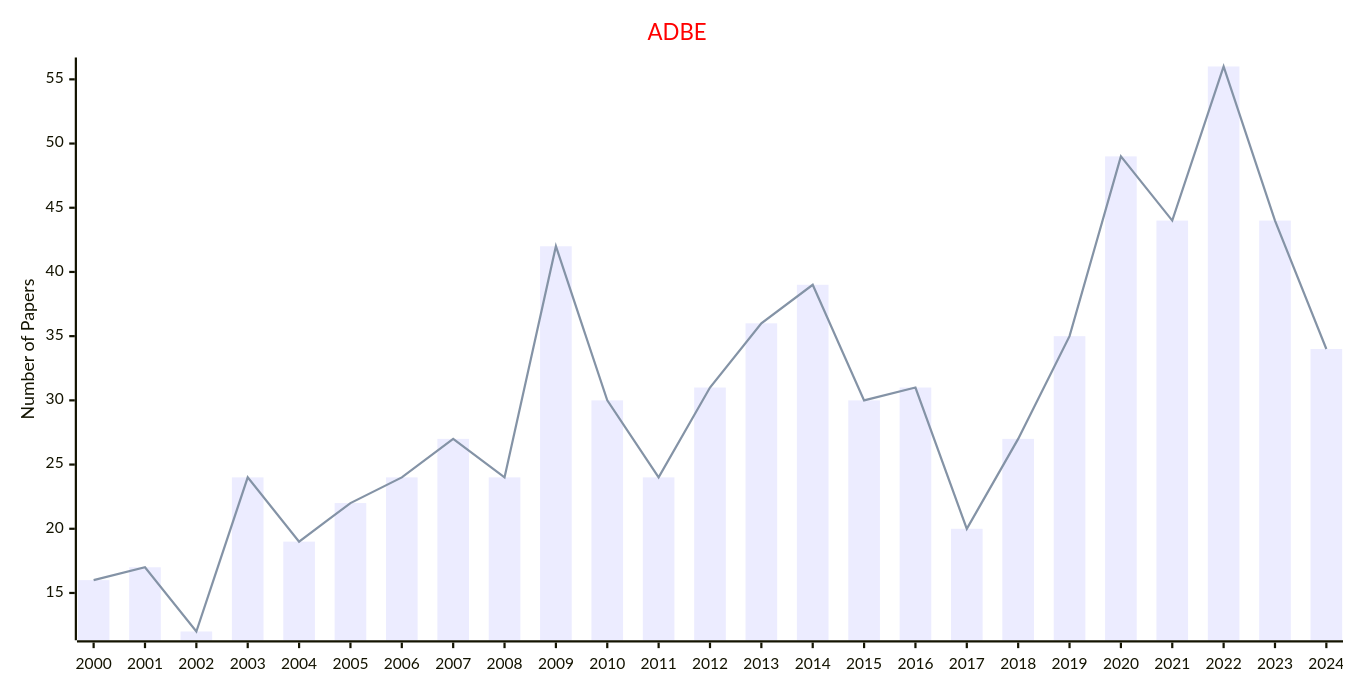
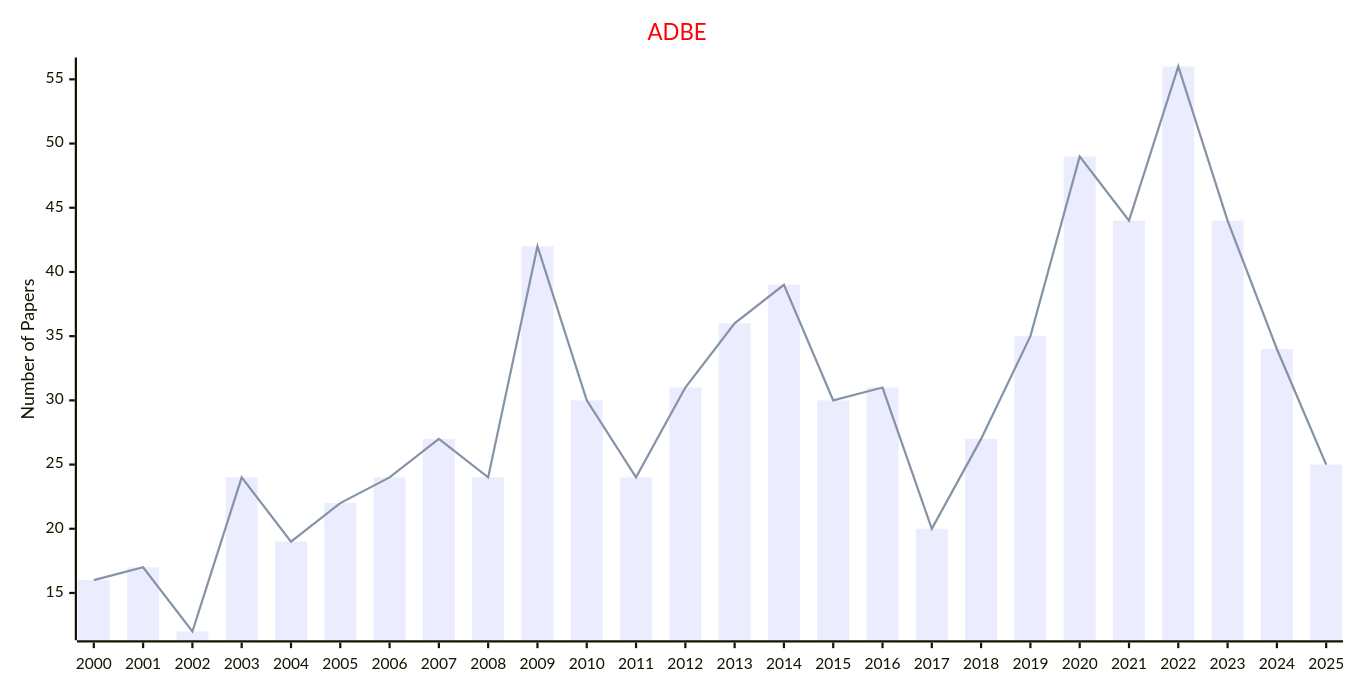
Before and after one commit to Easy-PhD/AILinks: the diagram in docs/data/Journals/Statistics_Journals/Artificial_Systems.md, drawn with Mermaid. The commit also changed 93 other files, not shown here.

````diff
--- a/docs/data/Journals/Statistics_Journals/Artificial_Systems.md
+++ b/docs/data/Journals/Statistics_Journals/Artificial_Systems.md
@@ -9,17 +9,17 @@
 ```mermaid
 ---
 config:
     xyChart:
         width: 1200
         height: 600
     themeVariables:
         xyChart:
             titleColor: "#ff0000"
 ---
 xychart-beta
     title "ADBE"
-    x-axis [2000, 2001, 2002, 2003, 2004, 2005, 2006, 2007, 2008, 2009, 2010, 2011, 2012, 2013, 2014, 2015, 2016, 2017, 2018, 2019, 2020, 2021, 2022, 2023, 2024]
+    x-axis [2000, 2001, 2002, 2003, 2004, 2005, 2006, 2007, 2008, 2009, 2010, 2011, 2012, 2013, 2014, 2015, 2016, 2017, 2018, 2019, 2020, 2021, 2022, 2023, 2024, 2025]
     y-axis "Number of Papers"
-    bar [16, 17, 12, 24, 19, 22, 24, 27, 24, 42, 30, 24, 31, 36, 39, 30, 31, 20, 27, 35, 49, 44, 56, 44, 34]
-    line [16, 17, 12, 24, 19, 22, 24, 27, 24, 42, 30, 24, 31, 36, 39, 30, 31, 20, 27, 35, 49, 44, 56, 44, 34]
+    bar [16, 17, 12, 24, 19, 22, 24, 27, 24, 42, 30, 24, 31, 36, 39, 30, 31, 20, 27, 35, 49, 44, 56, 44, 34, 25]
+    line [16, 17, 12, 24, 19, 22, 24, 27, 24, 42, 30, 24, 31, 36, 39, 30, 31, 20, 27, 35, 49, 44, 56, 44, 34, 25]
 ```
````
